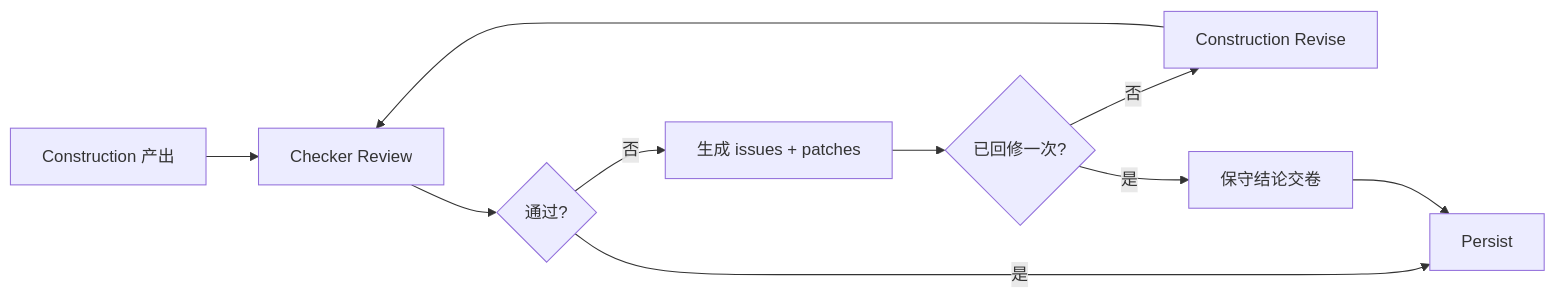
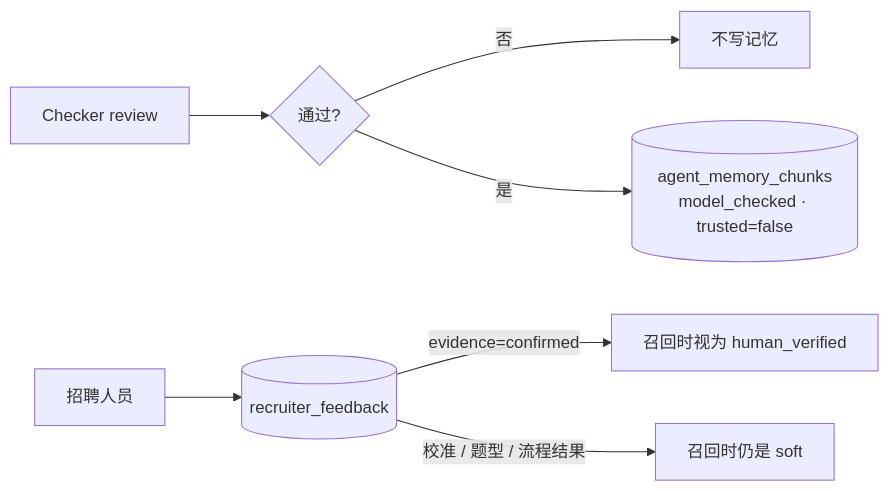
The fifth of 16 diagrams in README.md (mengtian-7001/Resume_Agent), drawn with Mermaid before and after one commit. The commit also changed other lines of this file, not shown here.

````diff
--- a/README.md
+++ b/README.md
@@ -153,12 +250,9 @@
 ```mermaid
 flowchart LR
-  C[Construction 产出] --> K[Checker Review]
-  K --> P{通过?}
-  P -->|是| S[Persist]
-  P -->|否| X[生成 issues + patches]
-  X --> B{已回修一次?}
-  B -->|否| R[Construction Revise]
-  R --> K
-  B -->|是| D[保守结论交卷]
-  D --> S
+  CK[Checker review] --> PASS{通过?}
+  PASS -->|否| SKIP[不写记忆]
+  PASS -->|是| CH[(agent_memory_chunks<br/>model_checked · trusted=false)]
+  H[招聘人员] --> FB[(recruiter_feedback)]
+  FB -->|evidence=confirmed| HV[召回时视为 human_verified]
+  FB -->|校准 / 题型 / 流程结果| SOFT0[召回时仍是 soft]
 ```
````
